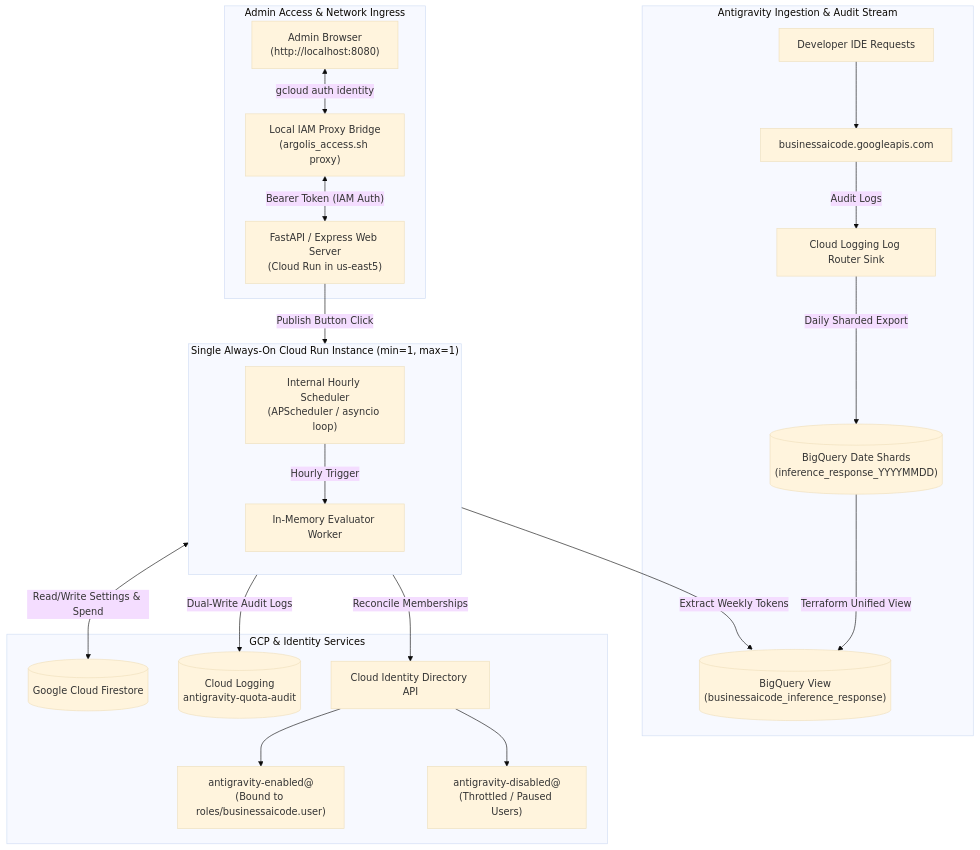
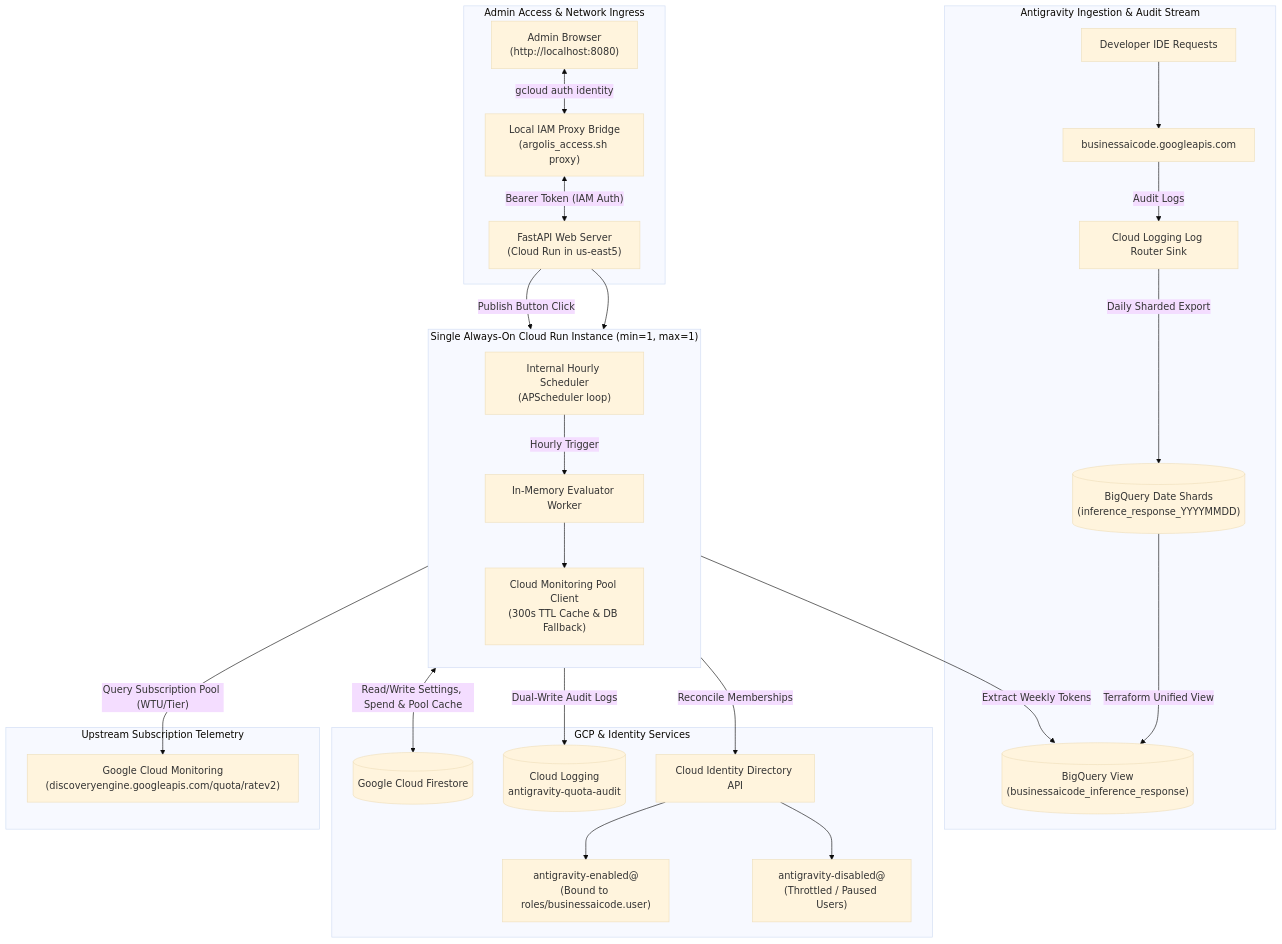
Before and after one commit to agentspace-ge/agy-quota-config-dash: the first of 5 diagrams in SPECIFICATION.md, drawn with Mermaid (base theme). The commit also changed other lines of this file and 2 other files, not shown here.

Commit message:
docs: update README and SPECIFICATION with Antigravity Weekly Quota Pool

````diff
--- a/SPECIFICATION.md
+++ b/SPECIFICATION.md
@@ -21,30 +24,39 @@
 ```mermaid
 flowchart TD
     subgraph Antigravity ["Antigravity Ingestion & Audit Stream"]
         UserReq["Developer IDE Requests"] --> BAIC["businessaicode.googleapis.com"]
         BAIC -->|"Audit Logs"| LR["Cloud Logging Log Router Sink"]
         LR -->|"Daily Sharded Export"| BQ_SHARDS[("BigQuery Date Shards\n(inference_response_YYYYMMDD)")]
         BQ_SHARDS -->|"Terraform Unified View"| BQ[("BigQuery View\n(businessaicode_inference_response)")]
     end
 
+    subgraph SubscriptionPool ["Upstream Subscription Telemetry"]
+        CM["Google Cloud Monitoring\n(discoveryengine.googleapis.com/quota/ratev2)"]
+    end
+
     subgraph AccessLayer ["Admin Access & Network Ingress"]
         AdminBrowser["Admin Browser\n(http://localhost:8080)"] <-->|"gcloud auth identity"| ProxyBridge["Local IAM Proxy Bridge\n(argolis_access.sh proxy)"]
         ProxyBridge <-->|"Bearer Token (IAM Auth)"| WebApp
     end
 
     subgraph SingleContainer ["Single Always-On Cloud Run Instance (min=1, max=1)"]
         direction TB
-        WebApp["FastAPI / Express Web Server\n(Cloud Run in us-east5)"]
-        EmbeddedCron["Internal Hourly Scheduler\n(APScheduler / asyncio loop)"] -->|"Hourly Trigger"| Evaluator["In-Memory Evaluator Worker"]
+        WebApp["FastAPI Web Server\n(Cloud Run in us-east5)"]
+        EmbeddedCron["Internal Hourly Scheduler\n(APScheduler loop)"] -->|"Hourly Trigger"| Evaluator["In-Memory Evaluator Worker"]
         WebApp -->|"Publish Button Click"| Evaluator
+        PoolClient["Cloud Monitoring Pool Client\n(300s TTL Cache & DB Fallback)"]
+        WebApp --> PoolClient
+        Evaluator --> PoolClient
     end
+
+    PoolClient -->|"Query Subscription Pool (WTU/Tier)"| CM
 
     subgraph ExternalBackends ["GCP & Identity Services"]
         Evaluator -->|"Extract Weekly Tokens"| BQ
-        Evaluator <-->|"Read/Write Settings & Spend"| FS[("Google Cloud Firestore")]
+        Evaluator <-->|"Read/Write Settings, Spend & Pool Cache"| FS[("Google Cloud Firestore")]
         Evaluator -->|"Dual-Write Audit Logs"| CL_AUDIT[("Cloud Logging\nantigravity-quota-audit")]
         Evaluator -->|"Reconcile Memberships"| CI_API["Cloud Identity Directory API"]
         CI_API --> G_EN["antigravity-enabled@\n(Bound to roles/businessaicode.user)"]
         CI_API --> G_DIS["antigravity-disabled@\n(Throttled / Paused Users)"]
     end
 ```
````
